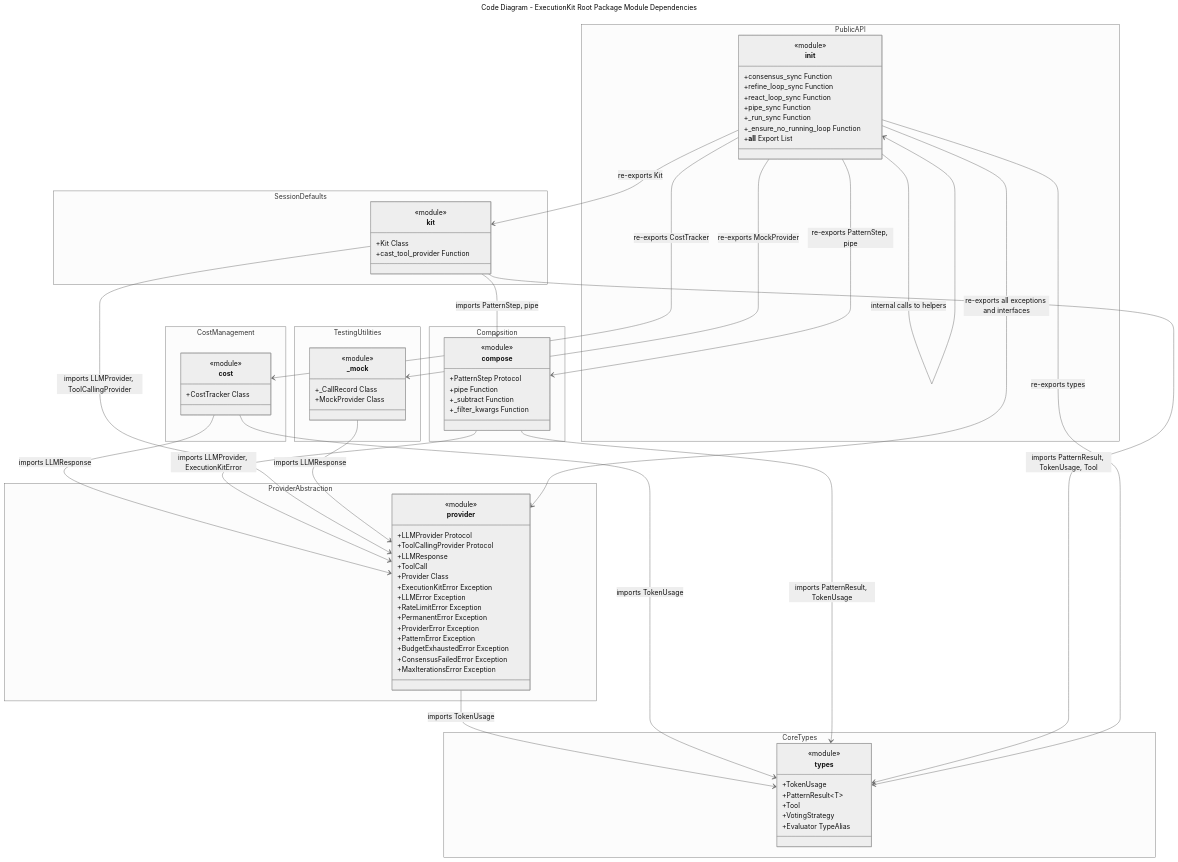
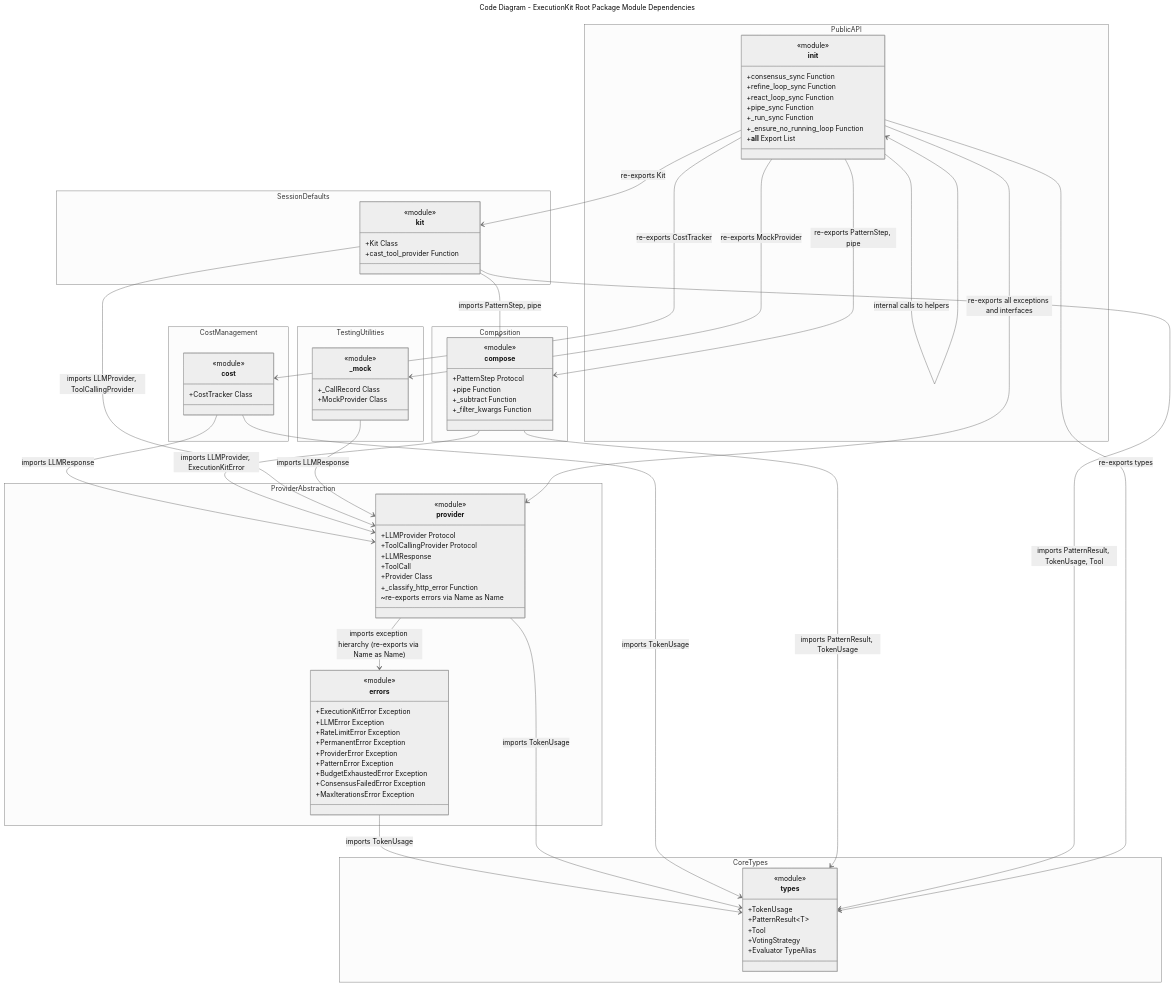
Before and after one commit to tafreeman/executionkit: the first of 4 diagrams in docs/c4/c4-code-src-executionkit.md, drawn with Mermaid (neutral theme). The commit also changed other lines of this file and 7 other files, not shown here.

First line of the commit message:
docs: update architecture, API reference, and C4 diagrams post-refactor

```diff
--- a/docs/c4/c4-code-src-executionkit.md
+++ b/docs/c4/c4-code-src-executionkit.md
@@ -496,13 +528,8 @@
     }
 
     namespace ProviderAbstraction {
-        class provider {
+        class errors {
             <<module>>
-            +LLMProvider Protocol
-            +ToolCallingProvider Protocol
-            +LLMResponse
-            +ToolCall
-            +Provider Class
             +ExecutionKitError Exception
             +LLMError Exception
             +RateLimitError Exception
@@ -512,6 +539,16 @@
             +BudgetExhaustedError Exception
             +ConsensusFailedError Exception
             +MaxIterationsError Exception
+        }
+        class provider {
+            <<module>>
+            +LLMProvider Protocol
+            +ToolCallingProvider Protocol
+            +LLMResponse
+            +ToolCall
+            +Provider Class
+            +_classify_http_error Function
+            ~re-exports errors via Name as Name
         }
     }
 
@@ -561,14 +598,18 @@
         }
     }
 
-    %% Provider depends on types
+    %% errors depends on types (TokenUsage used by ExecutionKitError)
+    errors --> types: imports TokenUsage
+
+    %% Provider depends on types and errors
     provider --> types: imports TokenUsage
+    provider --> errors: imports exception hierarchy (re-exports via Name as Name)
 
     %% Cost depends on types and provider
     cost --> types: imports TokenUsage
     cost --> provider: imports LLMResponse
     
-    %% Compose depends on types and provider
+    %% Compose depends on types and provider/errors
     compose --> types: imports PatternResult, TokenUsage
     compose --> provider: imports LLMProvider, ExecutionKitError
     
```
